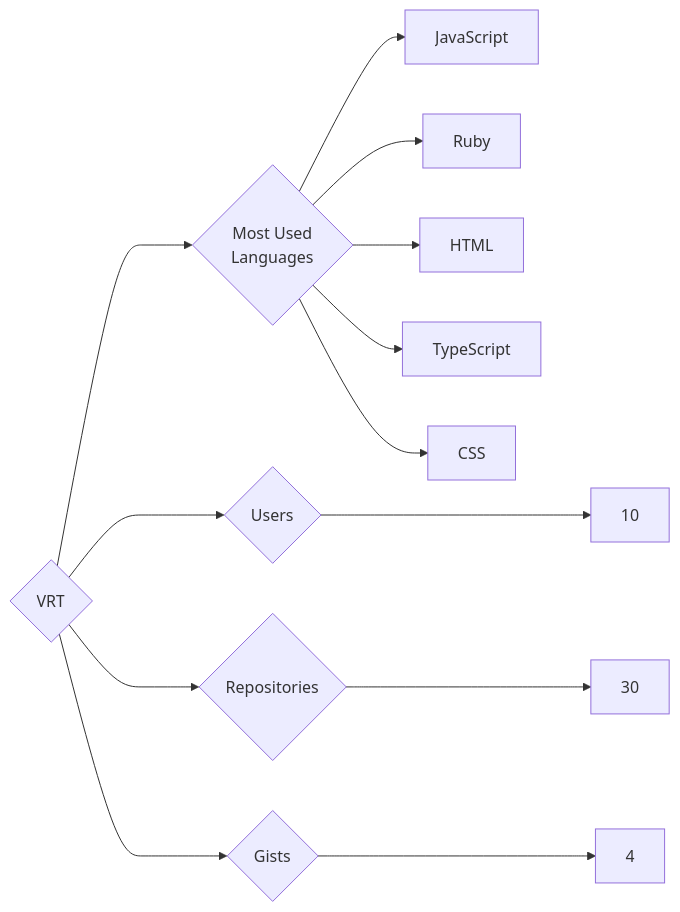
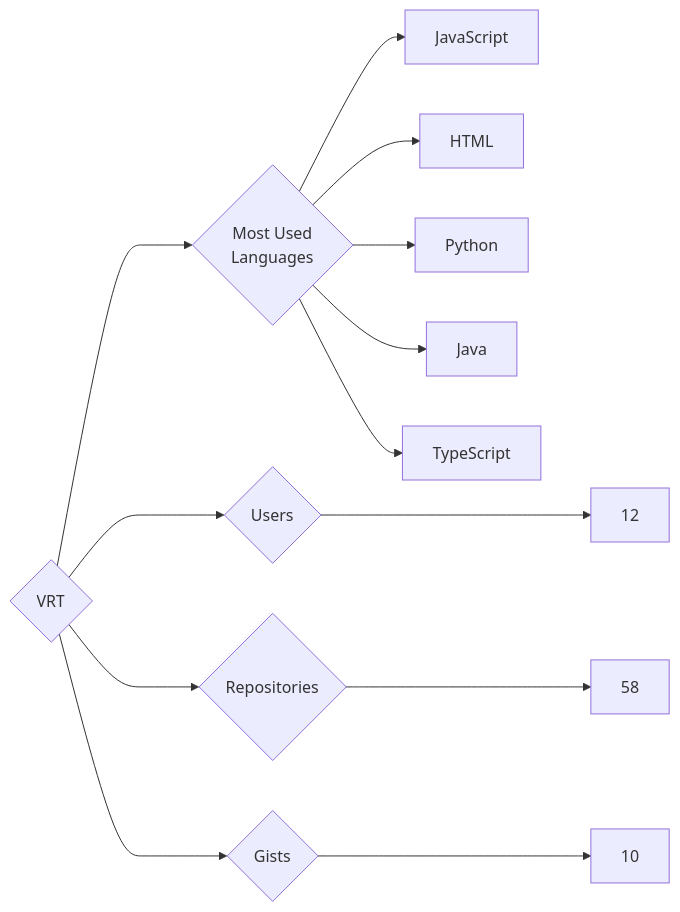
The diagram in targets/VRT/README.md (trickest/insiders), drawn with Mermaid before and after one commit. The commit also changed 953 other files, not shown here.

````diff
--- a/targets/VRT/README.md
+++ b/targets/VRT/README.md
@@ -3,13 +3,13 @@
 ```mermaid
 graph LR
 COMPANY_NAME{VRT}
-COMPANY_NAME ---> U{Users} ---> UN[10]
-COMPANY_NAME ---> R{Repositories} ---> RN[30]
-COMPANY_NAME ---> G{Gists} ---> GN[4]
+COMPANY_NAME ---> U{Users} ---> UN[12]
+COMPANY_NAME ---> R{Repositories} ---> RN[58]
+COMPANY_NAME ---> G{Gists} ---> GN[10]
 COMPANY_NAME ---> ML{Most Used<br>Languages}
 ML --> JavaScript[JavaScript]
-ML --> Ruby[Ruby]
 ML --> HTML[HTML]
+ML --> Python[Python]
+ML --> Java[Java]
 ML --> TypeScript[TypeScript]
-ML --> CSS[CSS]
 ```
````
